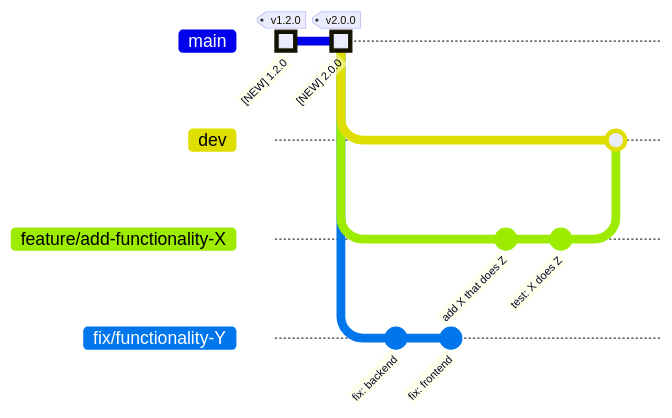
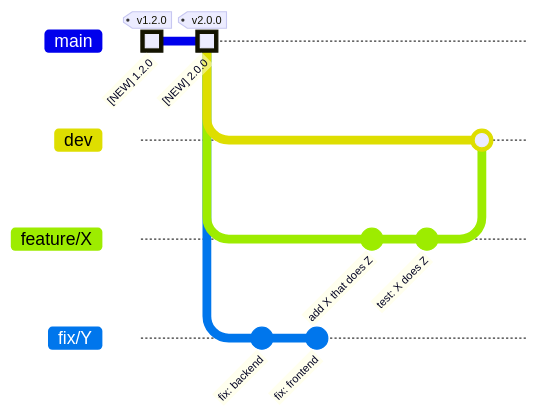
Before and after one commit to boromir674/automated-workflows: the third of 5 diagrams in docs/tutorials/branch_model_tutorial.md, drawn with Mermaid. The commit also changed other lines of this file and 2 other files, not shown here.

Commit message:
docs: update Site Navigation and 'Branch Model' Tutorial

````diff
--- a/docs/tutorials/branch_model_tutorial.md
+++ b/docs/tutorials/branch_model_tutorial.md
@@ -148,24 +148,24 @@
 ```mermaid
 %%{init: { 'logLevel': 'debug', 'gitGraph': {'showBranches': true, 
 'rotateCommitLabel': true,
 'showCommitLabel':true,'mainBranchName': 'main'}} }%%
 
 gitGraph
     commit id: "[NEW] 1.2.0" type: HIGHLIGHT tag: "v1.2.0"
     commit id: "[NEW] 2.0.0" type: HIGHLIGHT tag: "v2.0.0"
 
     branch dev
-    branch "feature/add-functionality-X"
-    branch "fix/functionality-Y"
+    branch "feature/X"
+    branch "fix/Y"
 
-    checkout "fix/functionality-Y"
+    checkout "fix/Y"
     commit id: "fix: backend"
     commit id: "fix: frontend"
 
-    checkout "feature/add-functionality-X"
+    checkout "feature/X"
     commit id: "add X that does Z"
     commit id: "test: X does Z"
 
     checkout dev
-    merge "feature/add-functionality-X"
+    merge "feature/X"
 ```
````
